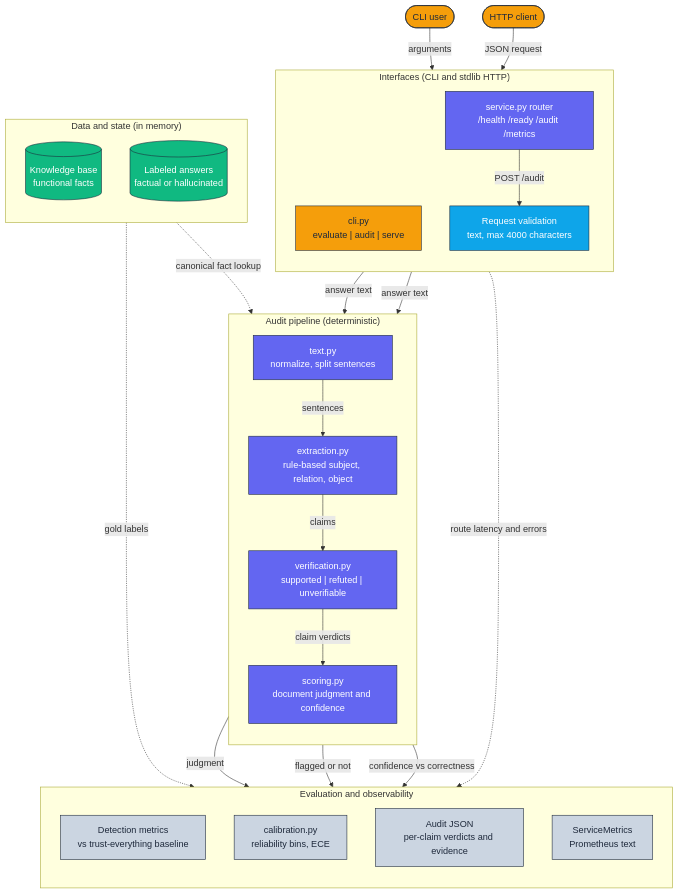
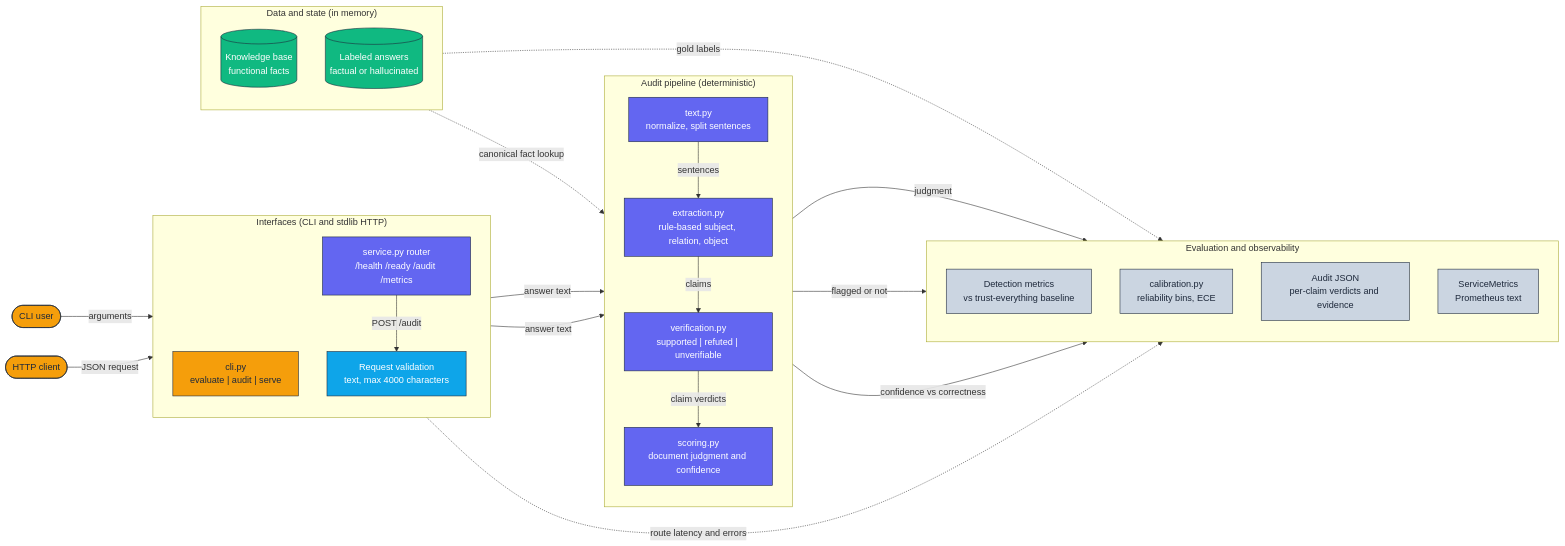
The diagram in docs/architecture/architecture.mmd (adeoluo/factuality-auditor), drawn with Mermaid before and after one commit. The commit also changed 1 other file, not shown here.

Commit message:
docs: horizontal layered architecture diagram

```diff
--- a/docs/architecture/architecture.mmd
+++ b/docs/architecture/architecture.mmd
@@ -1,53 +1,53 @@
-flowchart TD
+flowchart LR
     classDef edge     fill:#F59E0B,stroke:#1E293B,color:#1E293B,stroke-width:1px;
     classDef core     fill:#6366F1,stroke:#1E293B,color:#ffffff,stroke-width:1px;
     classDef data     fill:#10B981,stroke:#1E293B,color:#ffffff,stroke-width:1px;
     classDef control  fill:#0EA5E9,stroke:#1E293B,color:#ffffff,stroke-width:1px;
     classDef obs      fill:#CBD5E1,stroke:#1E293B,color:#1E293B,stroke-width:1px;
 
     User([CLI user]):::edge
     Client([HTTP client]):::edge
 
     subgraph Interfaces["Interfaces (CLI and stdlib HTTP)"]
         direction TB
         CLI["cli.py<br/>evaluate | audit | serve"]:::edge
         Router["service.py router<br/>/health /ready /audit /metrics"]:::core
         Validate["Request validation<br/>text, max 4000 characters"]:::control
     end
 
     subgraph Core["Audit pipeline (deterministic)"]
         direction TB
         Text["text.py<br/>normalize, split sentences"]:::core
         Extract["extraction.py<br/>rule-based subject, relation, object"]:::core
         Verify["verification.py<br/>supported | refuted | unverifiable"]:::core
         Score["scoring.py<br/>document judgment and confidence"]:::core
     end
 
     subgraph State["Data and state (in memory)"]
         direction TB
         KB[("Knowledge base<br/>functional facts")]:::data
         Labeled[("Labeled answers<br/>factual or hallucinated")]:::data
     end
 
     subgraph Obs["Evaluation and observability"]
         direction TB
         Detection["Detection metrics<br/>vs trust-everything baseline"]:::obs
         Calibration["calibration.py<br/>reliability bins, ECE"]:::obs
         Response["Audit JSON<br/>per-claim verdicts and evidence"]:::obs
         Metrics["ServiceMetrics<br/>Prometheus text"]:::obs
     end
 
     User -->|arguments| CLI
     Client -->|JSON request| Router
     Router -->|POST /audit| Validate
     Validate -->|answer text| Text
     CLI -->|answer text| Text
     Text -->|sentences| Extract
     Extract -->|claims| Verify
     KB -.->|canonical fact lookup| Verify
     Verify -->|claim verdicts| Score
     Score -->|judgment| Response
     Labeled -.->|gold labels| Detection
     Score -->|flagged or not| Detection
     Score -->|confidence vs correctness| Calibration
     Router -.->|route latency and errors| Metrics
```
